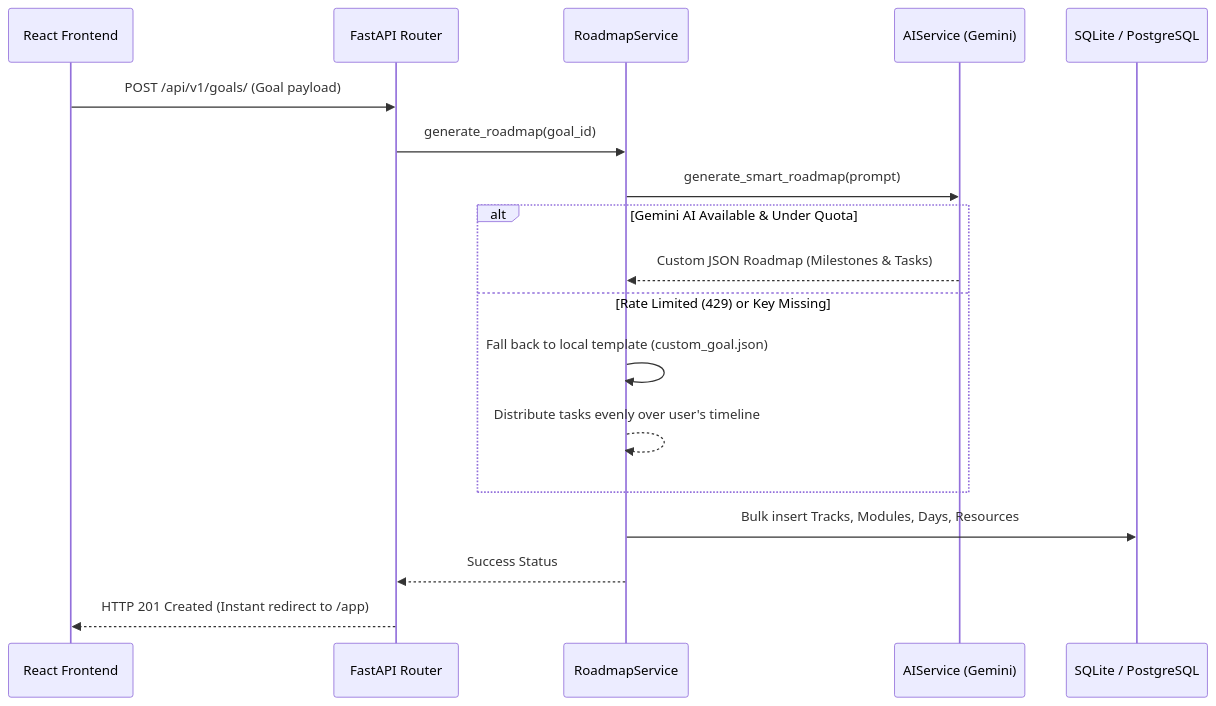
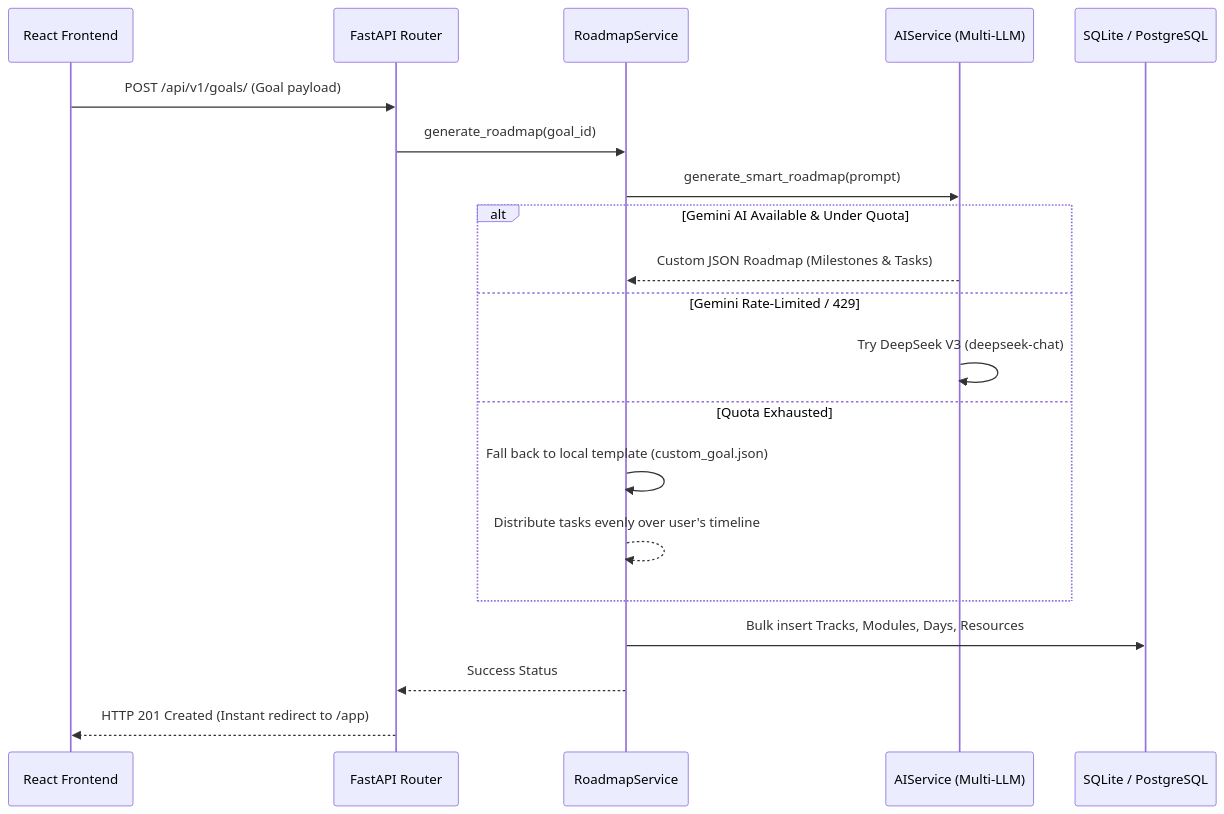
Before and after one commit to cser-utkarsh-raj/myMentor: the first of 3 diagrams in README.md, drawn with Mermaid. The commit also changed other lines of this file, not shown here.

Commit message:
docs: exhaustive update to README.md with detailed UI views guide, multi-LLM engine architecture, and workflow diagrams

````diff
--- a/README.md
+++ b/README.md
@@ -118,21 +177,23 @@
 ```mermaid
 sequenceDiagram
     participant User as React Frontend
     participant API as FastAPI Router
     participant RM as RoadmapService
-    participant AI as AIService (Gemini)
+    participant AI as AIService (Multi-LLM)
     participant DB as SQLite / PostgreSQL
 
     User->>API: POST /api/v1/goals/ (Goal payload)
     API->>RM: generate_roadmap(goal_id)
     RM->>AI: generate_smart_roadmap(prompt)
     alt Gemini AI Available & Under Quota
         AI-->>RM: Custom JSON Roadmap (Milestones & Tasks)
-    else Rate Limited (429) or Key Missing
+    else Gemini Rate-Limited / 429
+        AI->>AI: Try DeepSeek V3 (deepseek-chat)
+    else Quota Exhausted
         RM->>RM: Fall back to local template (custom_goal.json)
         RM-->>RM: Distribute tasks evenly over user's timeline
     end
     RM->>DB: Bulk insert Tracks, Modules, Days, Resources
     RM-->>API: Success Status
     API-->>User: HTTP 201 Created (Instant redirect to /app)
 ```
````
